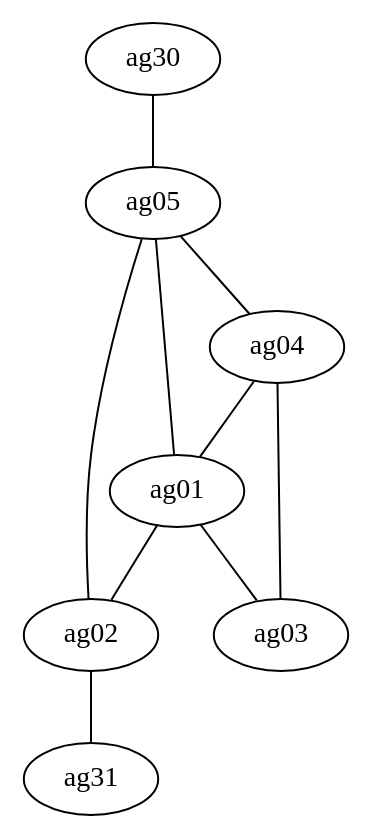
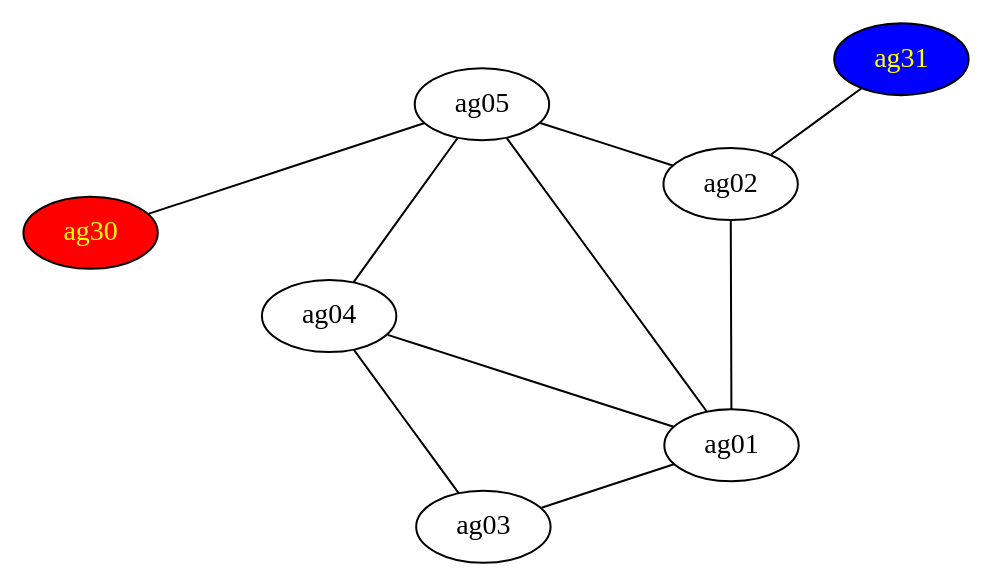
The diagram in src/main/resources/static/defaults/lattice.dot (tloehr/rlgcommander), drawn with Graphviz before and after one commit. The commit also changed 7 other files, not shown here.

```diff
--- a/src/main/resources/static/defaults/lattice.dot
+++ b/src/main/resources/static/defaults/lattice.dot
@@ -1,27 +1,28 @@
 // https://www.geeksforgeeks.org/check-if-a-directed-graph-is-connected-or-not/
  // Take two bool arrays vis1 and vis2 of size N (number of nodes of a graph) and keep false in all indexes.
  //Start at a random vertex v of the graph G, and run a DFS(G, v).
  //Make all visited vertices v as vis1[v] = true.
  //Now reverse the direction of all the edges.
  //Start DFS at the vertex which was chosen at step 2.
  //Make all visited vertices v as vis2[v] = true.
  //If any vertex v has vis1[v] = false and vis2[v] = false then the graph is not connected.
 
-    strict graph G {
-      ag30;
-      ag05;
-      ag02;
-      ag01;
-      ag04;
-      ag03;
-      ag31;
-      ag30 -- ag05;
-      ag05 -- ag02;
-      ag05 -- ag01;
-      ag05 -- ag04;
-      ag04 -- ag03;
-      ag04 -- ag01;
-      ag01 -- ag03;
-      ag01 -- ag02;
-      ag02 -- ag31;
-    }
+strict graph G {
+    layout = circo
+    ag30 [fillcolor = "red" fontcolor = "yellow" style = filled];
+    ag05;
+    ag02;
+    ag01;
+    ag04;
+    ag03;
+    ag31 [fillcolor = "blue" fontcolor = "yellow" style = filled];
+    ag30 -- ag05;
+    ag05 -- ag01;
+    ag05 -- ag02;
+    ag05 -- ag04;
+    ag04 -- ag03;
+    ag04 -- ag01;
+    ag01 -- ag03;
+    ag01 -- ag02;
+    ag02 -- ag31;
+}
```
